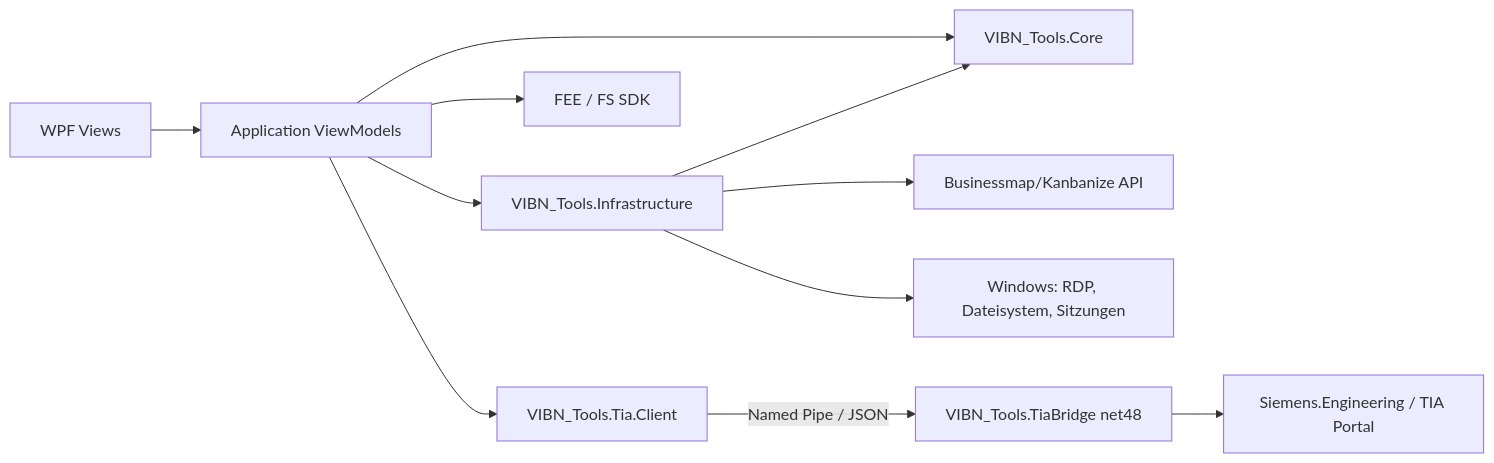
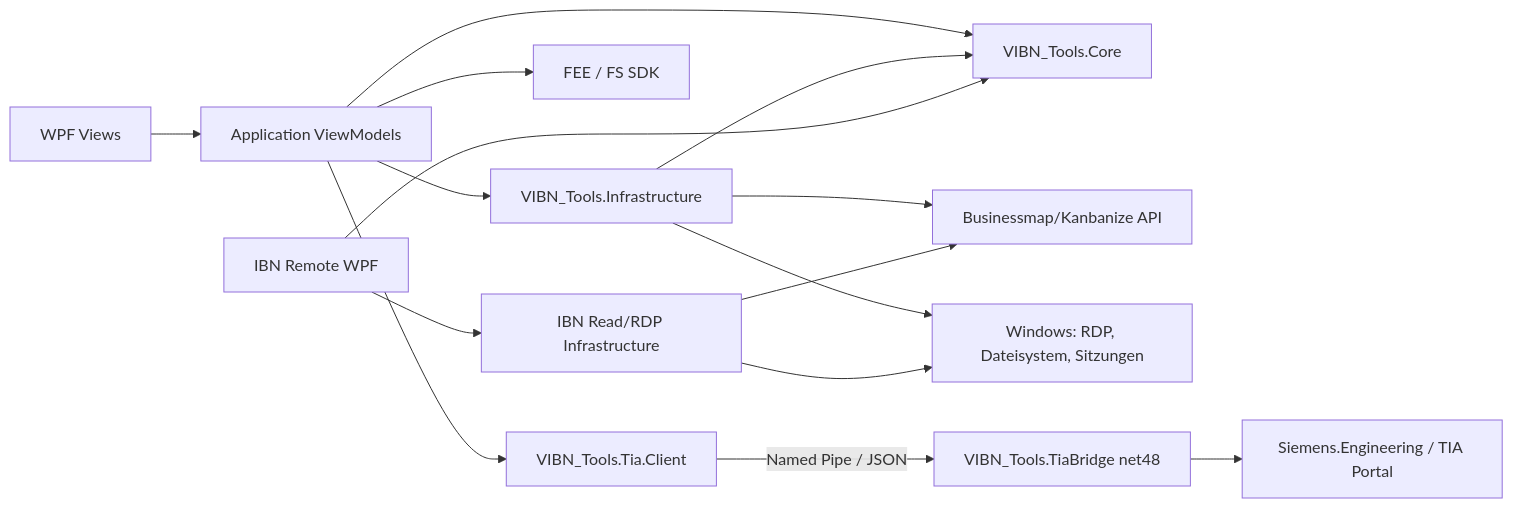
The first of 6 diagrams in docs/ARCHITECTURE_DIAGRAMS.md (Marbest4/VIBN_Tools_App), drawn with Mermaid before and after one commit. The commit also changed other lines of this file and 48 other files, not shown here.

Commit message:
add selective Container2FEE workflow and IBN remote app

````diff
--- a/docs/ARCHITECTURE_DIAGRAMS.md
+++ b/docs/ARCHITECTURE_DIAGRAMS.md
@@ -5,13 +5,17 @@
 ```mermaid
 flowchart LR
     UI[WPF Views] --> VM[Application ViewModels]
     VM --> CORE[VIBN_Tools.Core]
     VM --> INFRA[VIBN_Tools.Infrastructure]
     VM --> FEE[FEE / FS SDK]
     VM --> TC[VIBN_Tools.Tia.Client]
     INFRA --> CORE
     INFRA --> KB[Businessmap/Kanbanize API]
     INFRA --> WIN[Windows: RDP, Dateisystem, Sitzungen]
     TC -->|Named Pipe / JSON| TB[VIBN_Tools.TiaBridge net48]
     TB --> TIA[Siemens.Engineering / TIA Portal]
+    IBN[IBN Remote WPF] --> CORE
+    IBN --> IBNINFRA[IBN Read/RDP Infrastructure]
+    IBNINFRA --> KB
+    IBNINFRA --> WIN
 ```
````
